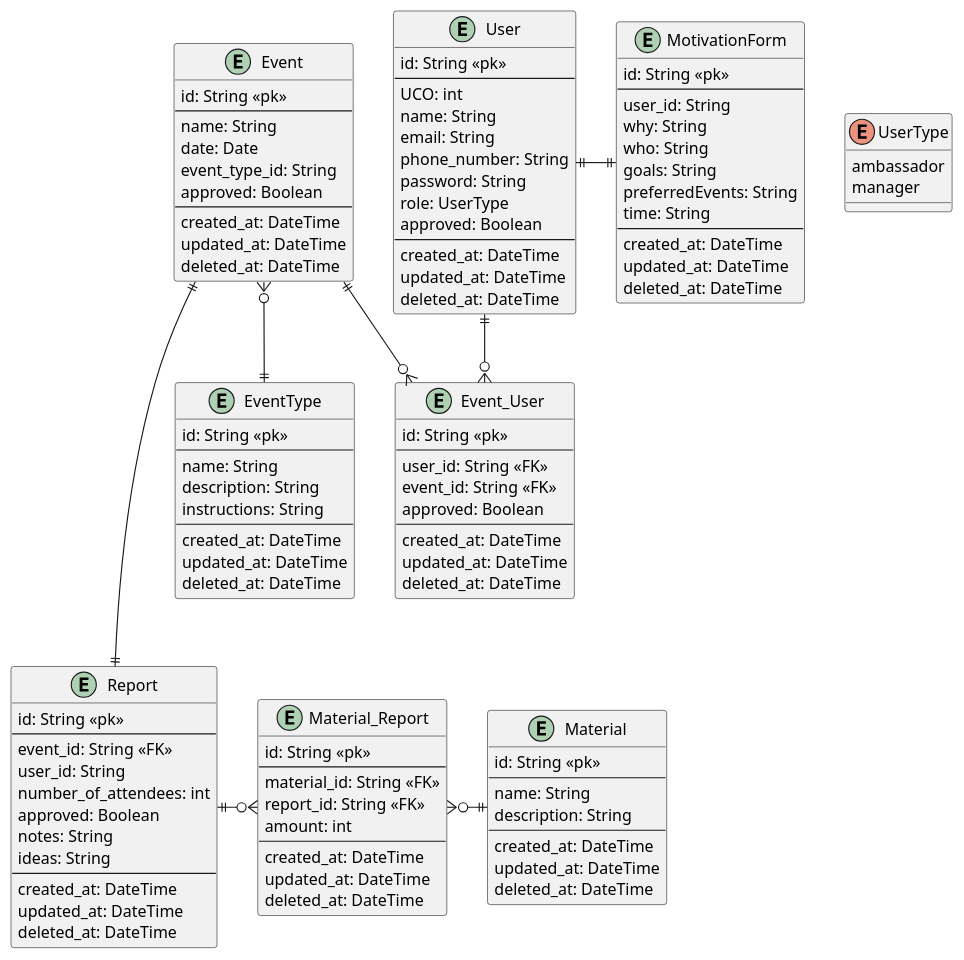
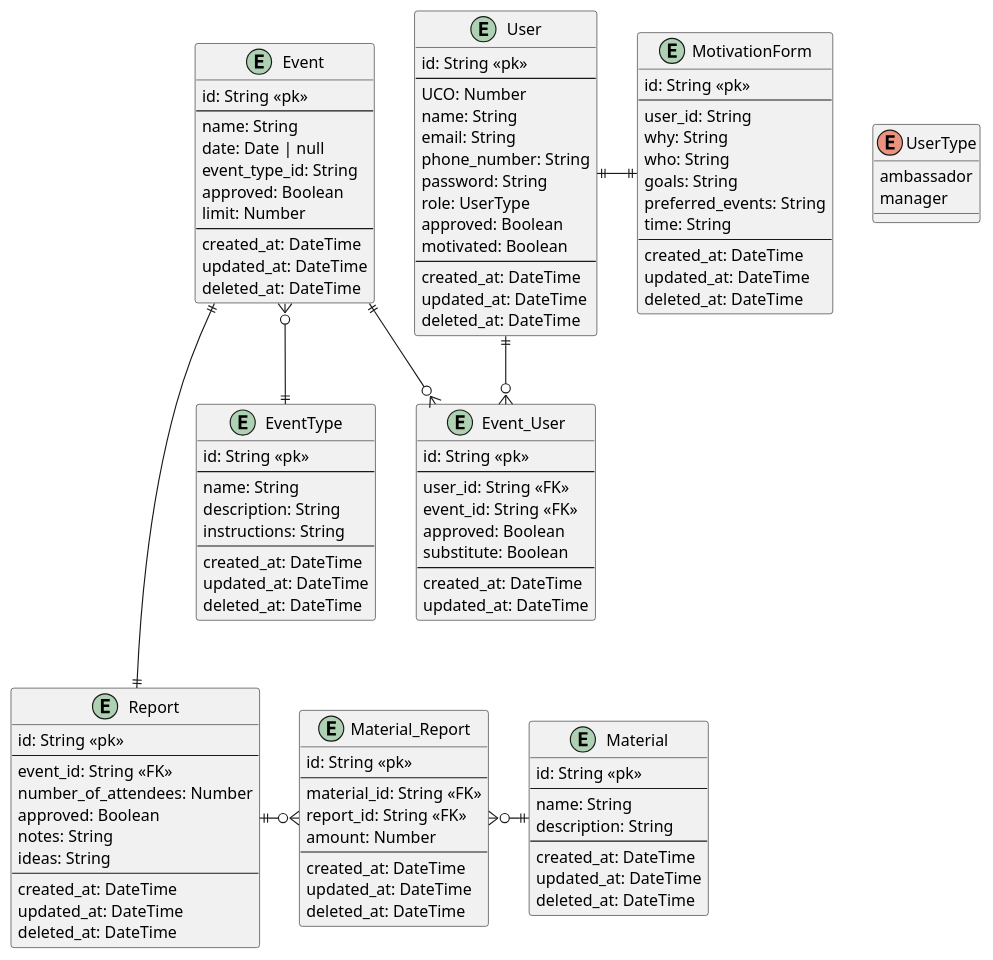
One commit to barhorkaa/ambassadors changed the diagram in diagrams/erd.puml. Above: the diagram before and after it, drawn with PlantUML.

Commit message:
fix(diagrams/erd): updated erd

```diff
--- a/diagrams/erd.puml
+++ b/diagrams/erd.puml
@@ -1,126 +1,125 @@
 @startuml
 'https://plantuml.com/entity-diagram
 
 entity MotivationForm {
   id: String <<pk>>
   --
   user_id: String
-  'answers to questions
   why: String
   who: String
   goals: String
-  preferredEvents: String
+  preferred_events: String
   time: String
   --
   created_at: DateTime
   updated_at: DateTime
   deleted_at: DateTime
 }
 
 entity User {
   id: String <<pk>>
   --
-  UCO: int
+  UCO: Number
   name: String
   email: String
   phone_number: String
   password: String
   role: UserType
   approved: Boolean
+  motivated: Boolean
   --
   created_at: DateTime
   updated_at: DateTime
   deleted_at: DateTime
 }
 
 enum UserType {
   ambassador
   manager
 }
 
 entity Event {
   id: String <<pk>>
   --
   name: String
-  date: Date
+  date: Date | null
   event_type_id: String
   approved: Boolean
+  limit: Number
   --
   created_at: DateTime
   updated_at: DateTime
   deleted_at: DateTime
 }
 
 entity EventType {
   id: String <<pk>>
   --
   name: String
   description: String
   instructions: String
   --
   created_at: DateTime
   updated_at: DateTime
   deleted_at: DateTime
 }
 
 entity Event_User {
   id: String <<pk>>
   --
   user_id: String <<FK>>
   event_id: String <<FK>>
   approved: Boolean
+  substitute: Boolean
   --
   created_at: DateTime
   updated_at: DateTime
-  deleted_at: DateTime
 }
 
 entity Report {
   id: String <<pk>>
   --
   event_id: String <<FK>>
-  user_id: String
-  number_of_attendees: int
+  number_of_attendees: Number
   approved: Boolean
-'photos
   notes: String
   ideas: String
   --
   created_at: DateTime
   updated_at: DateTime
   deleted_at: DateTime
 }
 
 entity Material_Report {
   id: String <<pk>>
   --
   material_id: String <<FK>>
   report_id: String <<FK>>
-  amount: int
+  amount: Number
   --
   created_at: DateTime
   updated_at: DateTime
   deleted_at: DateTime
 }
 
 entity Material {
   id: String <<pk>>
   --
   name: String
   description: String
   --
   created_at: DateTime
   updated_at: DateTime
   deleted_at: DateTime
 }
 
 Report ||-o{ Material_Report
 Material_Report }o-|| Material
 Event ||---|| Report
 
 User ||-|| MotivationForm
 User ||--o{ Event_User
 Event ||--o{ Event_User
 Event }o--|| EventType
 
 @enduml
```
